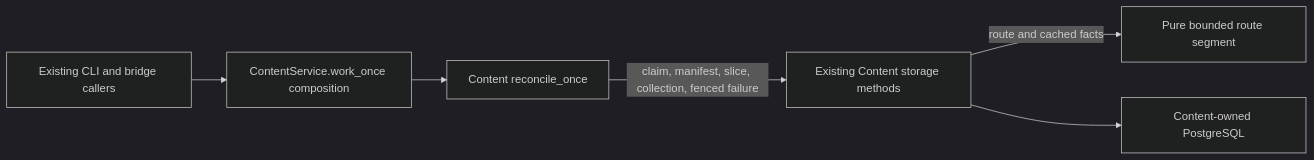
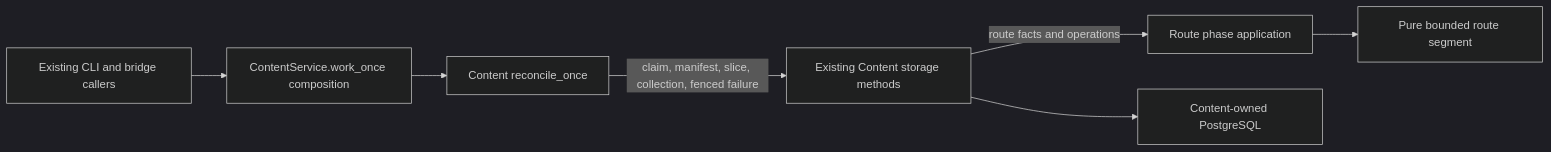
Before and after one commit to aaweaver-actuary/tempo: the first of 3 diagrams in services/content/src/tempo_content/worker/README.md, drawn with Mermaid (dark theme). The commit also changed other lines of this file and 13 other files, not shown here.

Commit message:
Separate Content route application sequence from database transactions

````diff
--- a/services/content/src/tempo_content/worker/README.md
+++ b/services/content/src/tempo_content/worker/README.md
@@ -8,8 +8,9 @@
 ```mermaid
 flowchart LR
   callers[Existing CLI and bridge callers] --> composition[ContentService.work_once composition]
   composition --> application[Content reconcile_once]
   application -->|claim, manifest, slice, collection, fenced failure| storage[Existing Content storage methods]
-  storage -->|route and cached facts| routes[Pure bounded route segment]
+  storage -->|route facts and operations| routes[Route phase application]
+  routes --> segment[Pure bounded route segment]
   storage --> database[Content-owned PostgreSQL]
 ```
````
